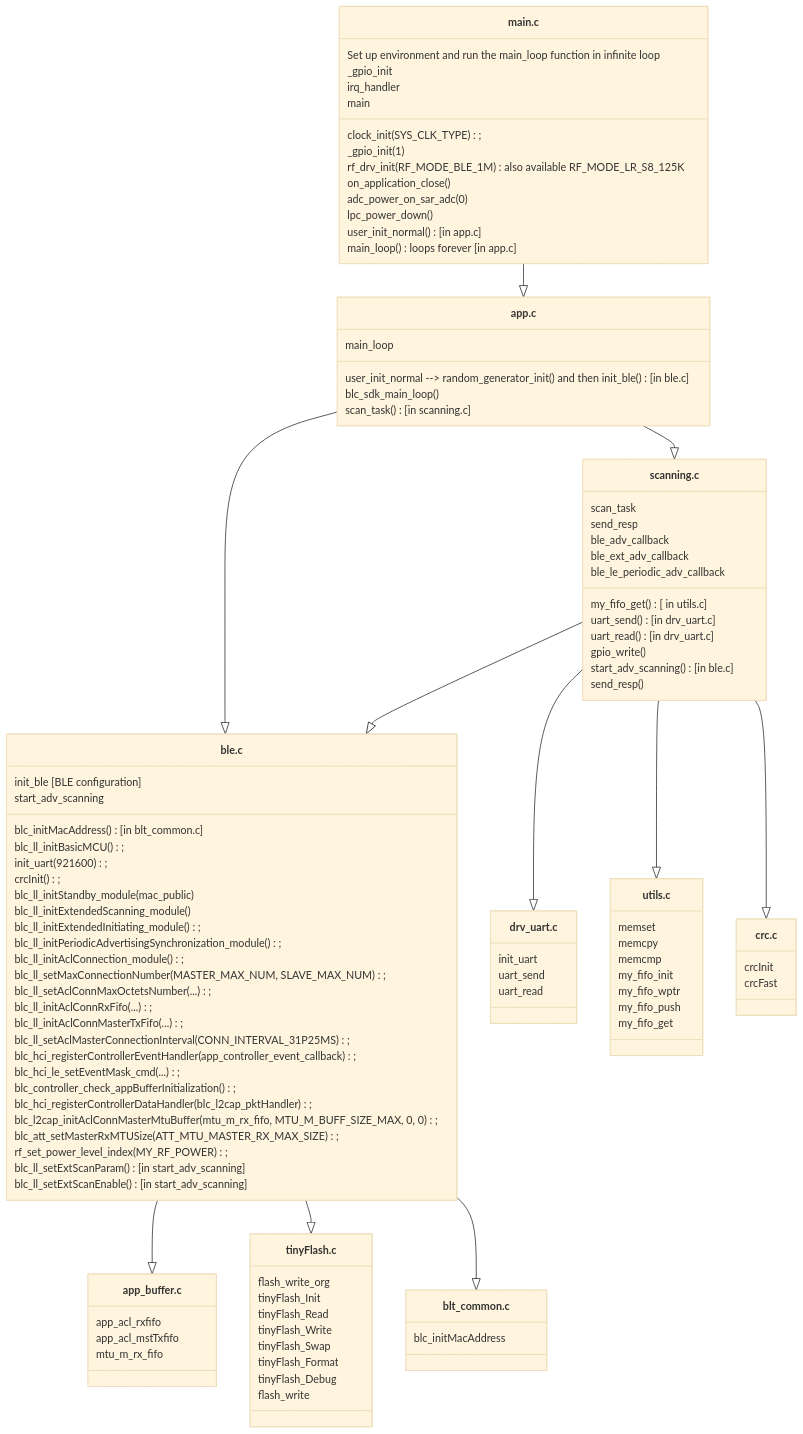
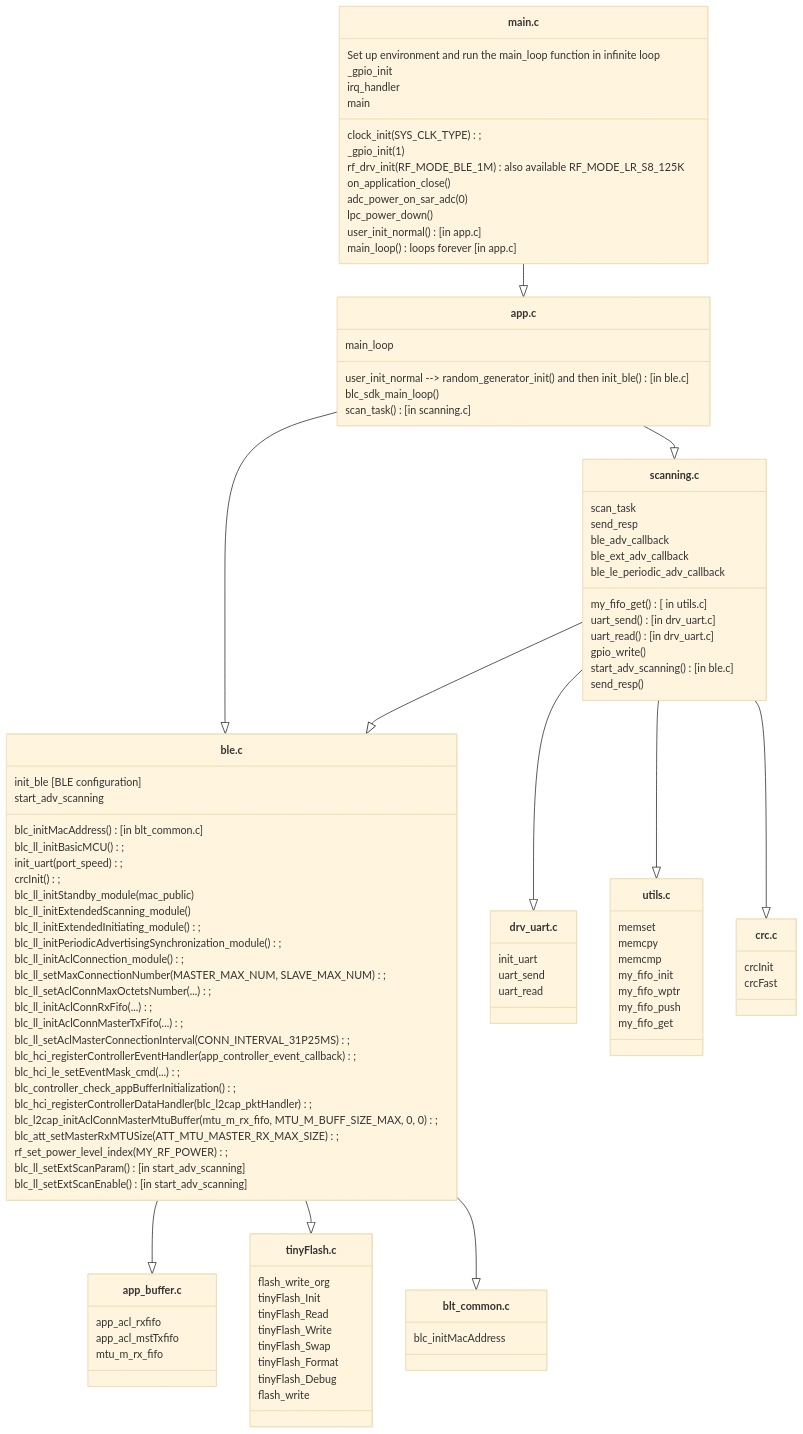
The second of 4 diagrams in source/ble2uart/README.md (pvvx/ADV_BLE2UART), drawn with Mermaid (base theme) before and after one commit. The commit also changed other lines of this file and 4 other files, not shown here.

```diff
--- a/source/ble2uart/README.md
+++ b/source/ble2uart/README.md
@@ -498,7 +520,7 @@
         %% Invoked functions:
         blc_initMacAddress() [in blt_common.c]
         blc_ll_initBasicMCU();
-        init_uart(921600);
+        init_uart(port_speed);
         crcInit();
         blc_ll_initStandby_module(mac_public)
 
```
